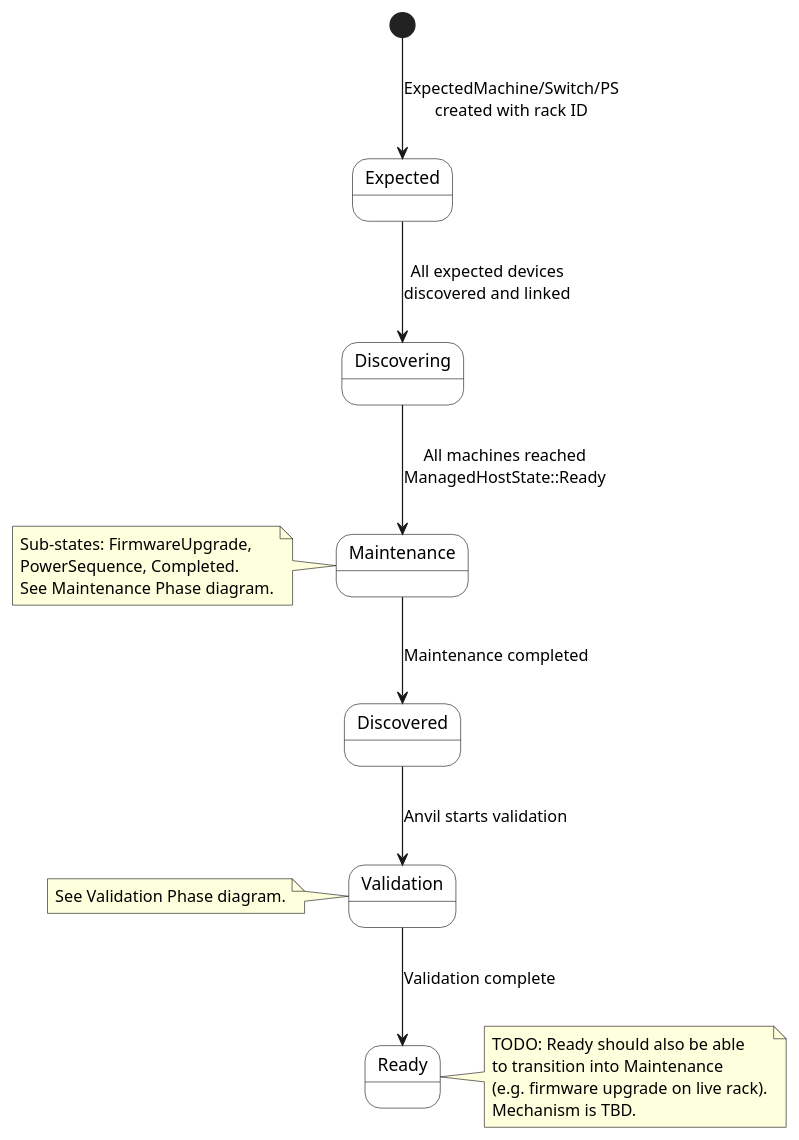
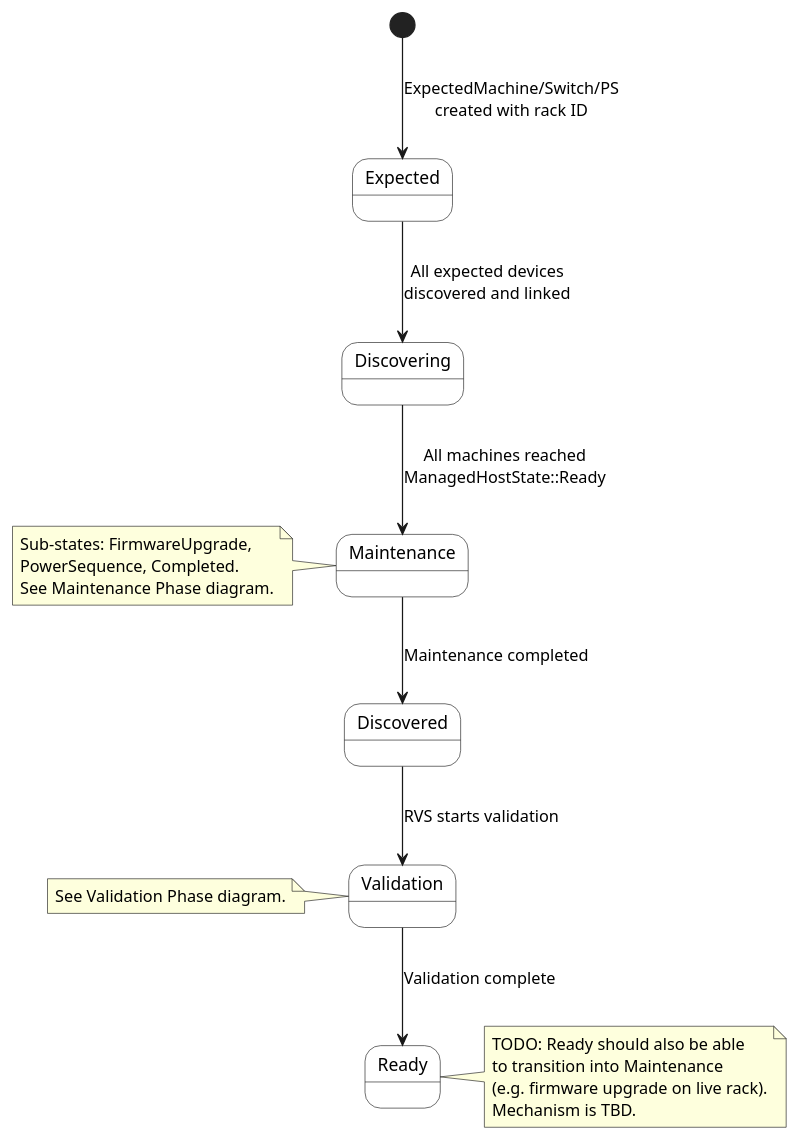
One commit to NVIDIA/bare-metal-manager-core changed the first of 3 diagrams in book/src/architecture/state_machines/rack.md. Above: the diagram before and after it, drawn with PlantUML. The commit also changed other lines of this file and 3 other files, not shown here.

````diff
--- a/book/src/architecture/state_machines/rack.md
+++ b/book/src/architecture/state_machines/rack.md
@@ -21,44 +21,44 @@
 ```plantuml
 @startuml
 skinparam state {
   BackgroundColor White
 }
 
 state "Expected" as Expected
 state "Discovering" as Discovering
 state "Maintenance" as Maintenance
 state "Discovered" as Discovered
 state "Validation" as Validation
 state "Ready" as Ready
 
 [*] --> Expected : ExpectedMachine/Switch/PS\ncreated with rack ID
 
 Expected --> Discovering : All expected devices\ndiscovered and linked
 Discovering --> Maintenance : All machines reached\nManagedHostState::Ready
 
 Maintenance --> Discovered : Maintenance completed
 
-Discovered --> Validation : Anvil starts validation
+Discovered --> Validation : RVS starts validation
 
 Validation --> Ready : Validation complete
 
 note left of Maintenance
   Sub-states: FirmwareUpgrade,
   PowerSequence, Completed.
   See Maintenance Phase diagram.
 end note
 
 note left of Validation
   See Validation Phase diagram.
 end note
 
 
 note right of Ready
   TODO: Ready should also be able
   to transition into Maintenance
   (e.g. firmware upgrade on live rack).
   Mechanism is TBD.
 end note
 
 @enduml
 ```
````
